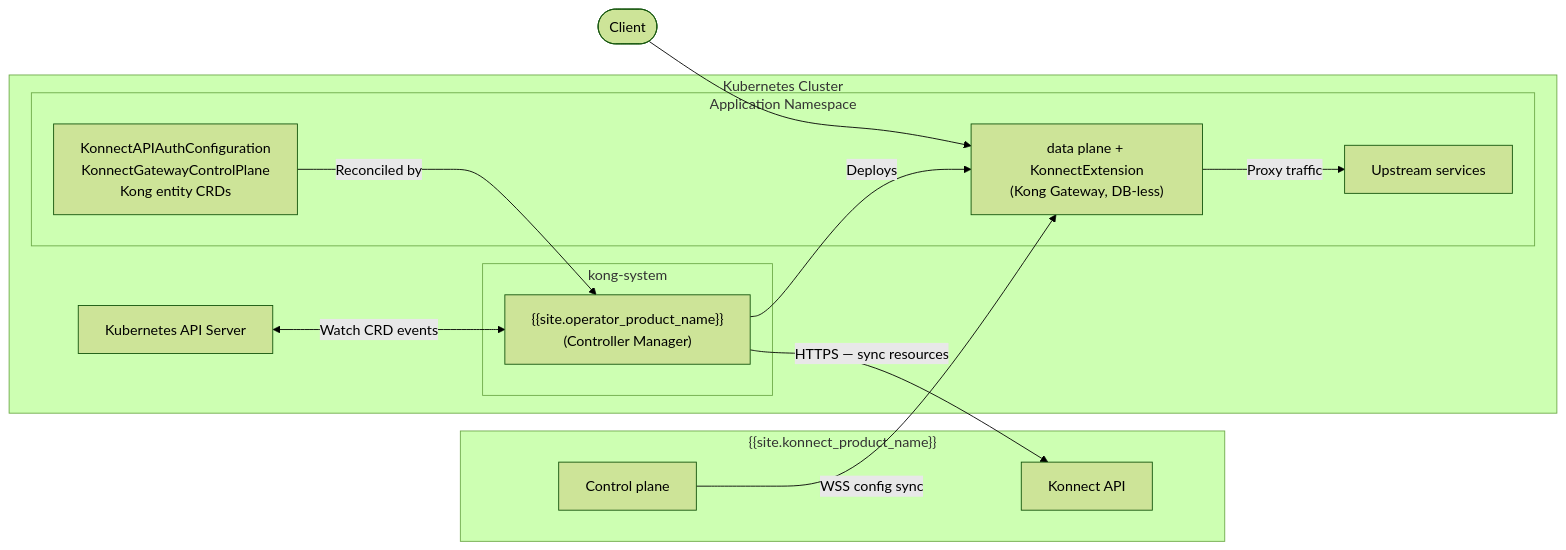
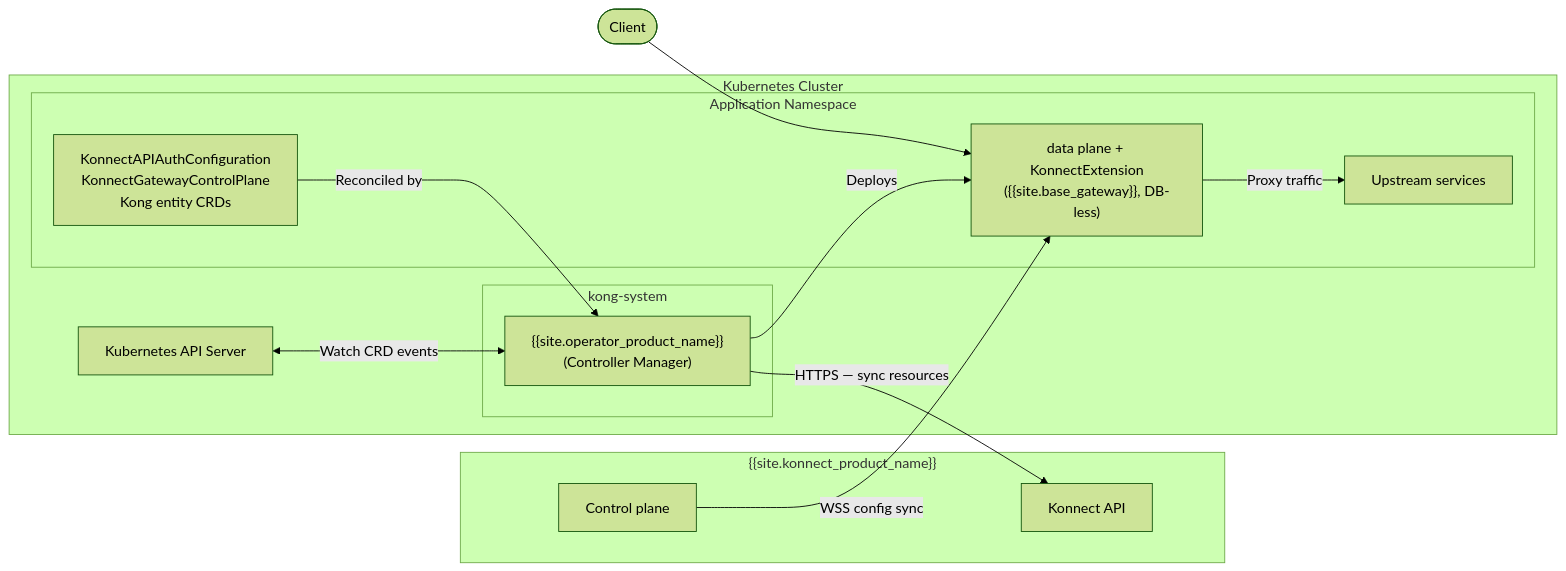
One commit to Kong/developer.konghq.com changed the second of 2 diagrams in app/operator/reference/architecture.md. Above: the diagram before and after it, drawn with Mermaid (forest theme). The commit also changed other lines of this file, not shown here.

```diff
--- a/app/operator/reference/architecture.md
+++ b/app/operator/reference/architecture.md
@@ -88,30 +88,30 @@
 {% mermaid %}
 flowchart LR
     subgraph Konnect["{{site.konnect_product_name}}"]
         KCP[Control plane]
         KAPI[Konnect API]
     end
 
     subgraph K8s[Kubernetes Cluster]
         K[Kubernetes API Server]
 
         subgraph kongNS[kong-system]
             KO["{{site.operator_product_name}}<br/>(Controller Manager)"]
         end
 
         subgraph AppNS[Application Namespace]
             KonnectCRs["KonnectAPIAuthConfiguration<br/>KonnectGatewayControlPlane<br/>Kong entity CRDs"]
-            DP["data plane + KonnectExtension<br/>(Kong Gateway, DB-less)"]
+            DP["data plane + KonnectExtension<br/>({{site.base_gateway}}, DB-less)"]
             S[Upstream services]
         end
 
         K <-->|Watch CRD events| KO
         KonnectCRs -->|Reconciled by| KO
         KO -->|Deploys| DP
         DP -->|Proxy traffic| S
     end
 
     KO -->|"HTTPS — sync resources"| KAPI
     KCP -->|WSS config sync| DP
     Client([Client]) --> DP
 {% endmermaid %}
```
